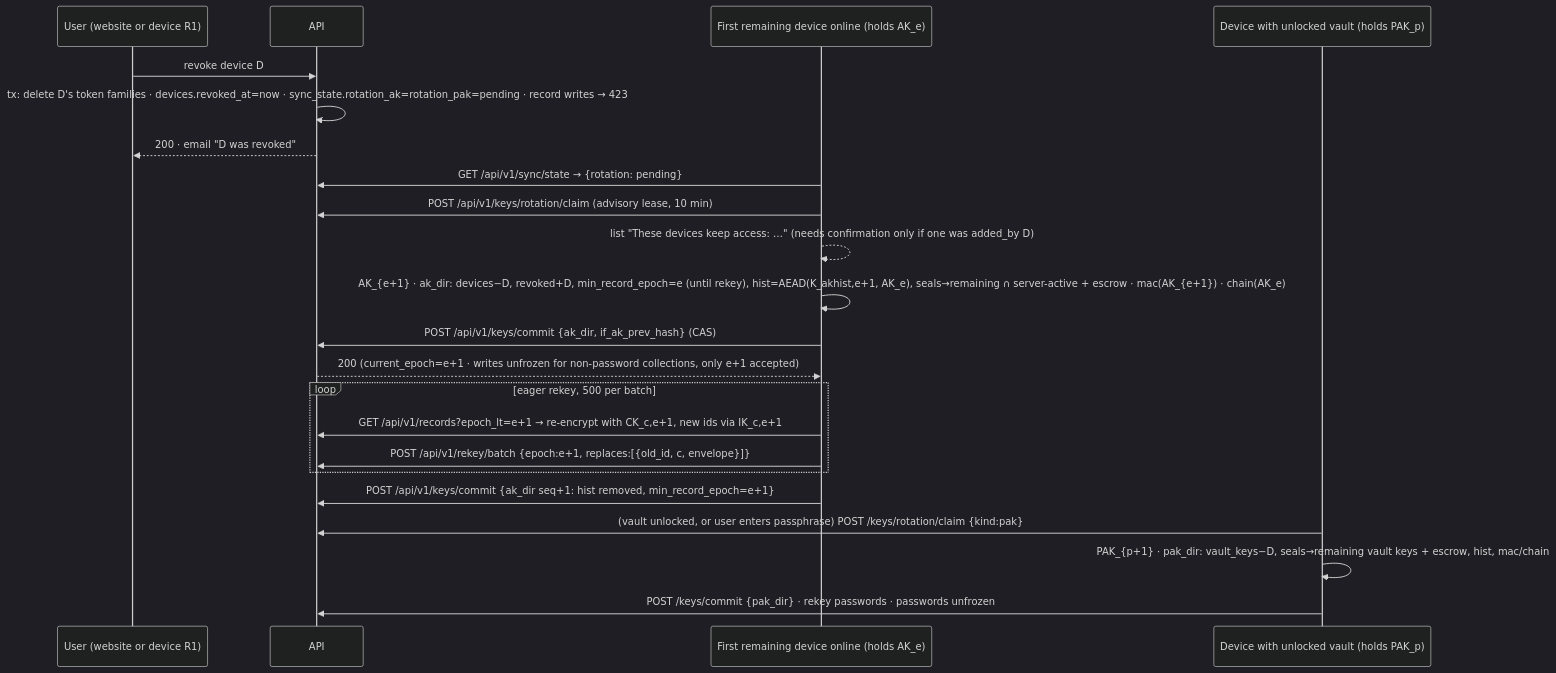
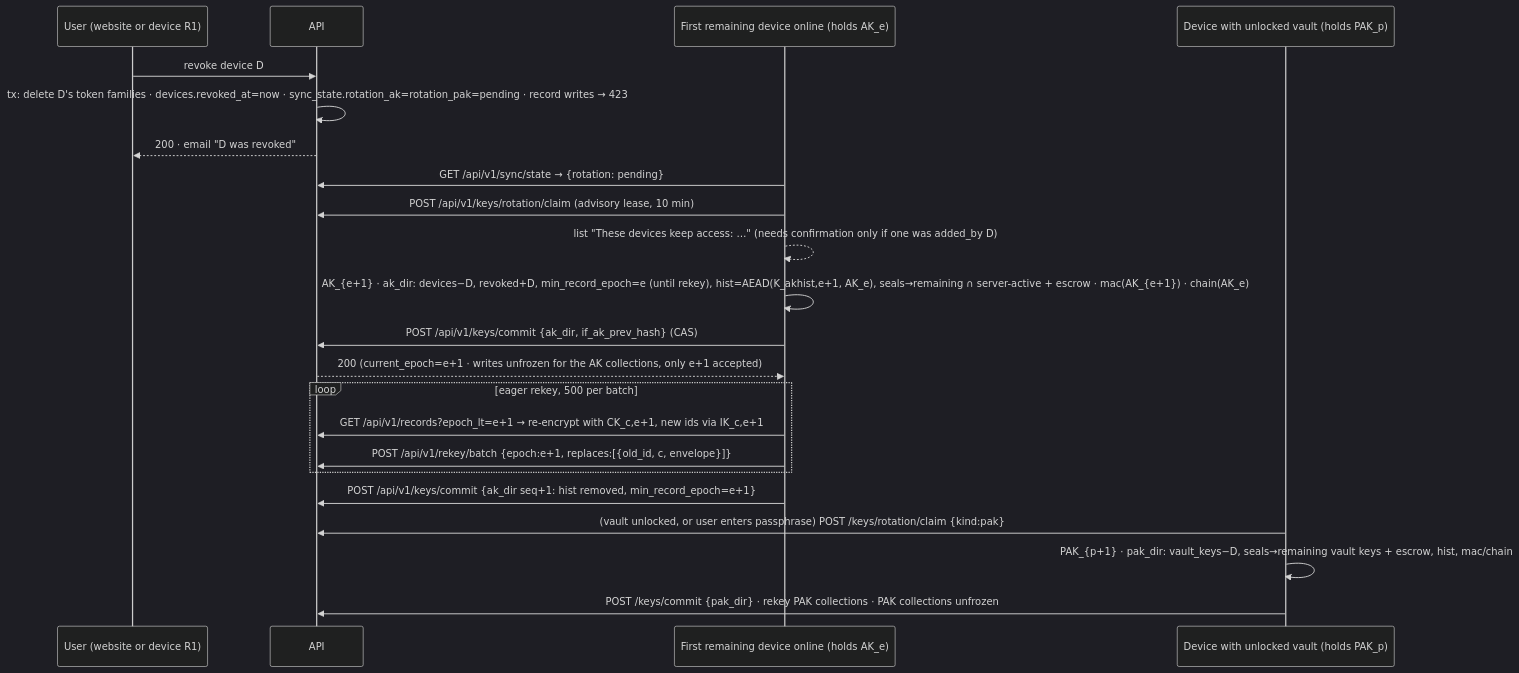
Before and after one commit to KruxSYS/krunk: the fourth of 4 diagrams in docs/sync/PROTOCOL.md, drawn with Mermaid (dark theme). The commit also changed other lines of this file and 2 other files, not shown here.

````diff
--- a/docs/sync/PROTOCOL.md
+++ b/docs/sync/PROTOCOL.md
@@ -376,24 +377,24 @@
 ```mermaid
 sequenceDiagram
     participant U as User (website or device R1)
     participant S as API
     participant R as First remaining device online (holds AK_e)
     participant P as Device with unlocked vault (holds PAK_p)
     U->>S: revoke device D
     S->>S: tx: delete D's token families · devices.revoked_at=now · sync_state.rotation_ak=rotation_pak=pending · record writes → 423
     S-->>U: 200 · email "D was revoked"
     R->>S: GET /api/v1/sync/state → {rotation: pending}
     R->>S: POST /api/v1/keys/rotation/claim  (advisory lease, 10 min)
     R-->>R: list "These devices keep access: …" (needs confirmation only if one was added_by D)
     R->>R: AK_{e+1} · ak_dir: devices−D, revoked+D, min_record_epoch=e (until rekey), hist=AEAD(K_akhist,e+1, AK_e), seals→remaining ∩ server-active + escrow · mac(AK_{e+1}) · chain(AK_e)
     R->>S: POST /api/v1/keys/commit {ak_dir, if_ak_prev_hash}   (CAS)
-    S-->>R: 200 (current_epoch=e+1 · writes unfrozen for non-password collections, only e+1 accepted)
+    S-->>R: 200 (current_epoch=e+1 · writes unfrozen for the AK collections, only e+1 accepted)
     loop eager rekey, 500 per batch
         R->>S: GET /api/v1/records?epoch_lt=e+1 → re-encrypt with CK_c,e+1, new ids via IK_c,e+1
         R->>S: POST /api/v1/rekey/batch {epoch:e+1, replaces:[{old_id, c, envelope}]}
     end
     R->>S: POST /api/v1/keys/commit {ak_dir seq+1: hist removed, min_record_epoch=e+1}
     P->>S: (vault unlocked, or user enters passphrase) POST /keys/rotation/claim {kind:pak}
     P->>P: PAK_{p+1} · pak_dir: vault_keys−D, seals→remaining vault keys + escrow, hist, mac/chain
-    P->>S: POST /keys/commit {pak_dir}  · rekey passwords · passwords unfrozen
+    P->>S: POST /keys/commit {pak_dir}  · rekey PAK collections · PAK collections unfrozen
 ```
````
